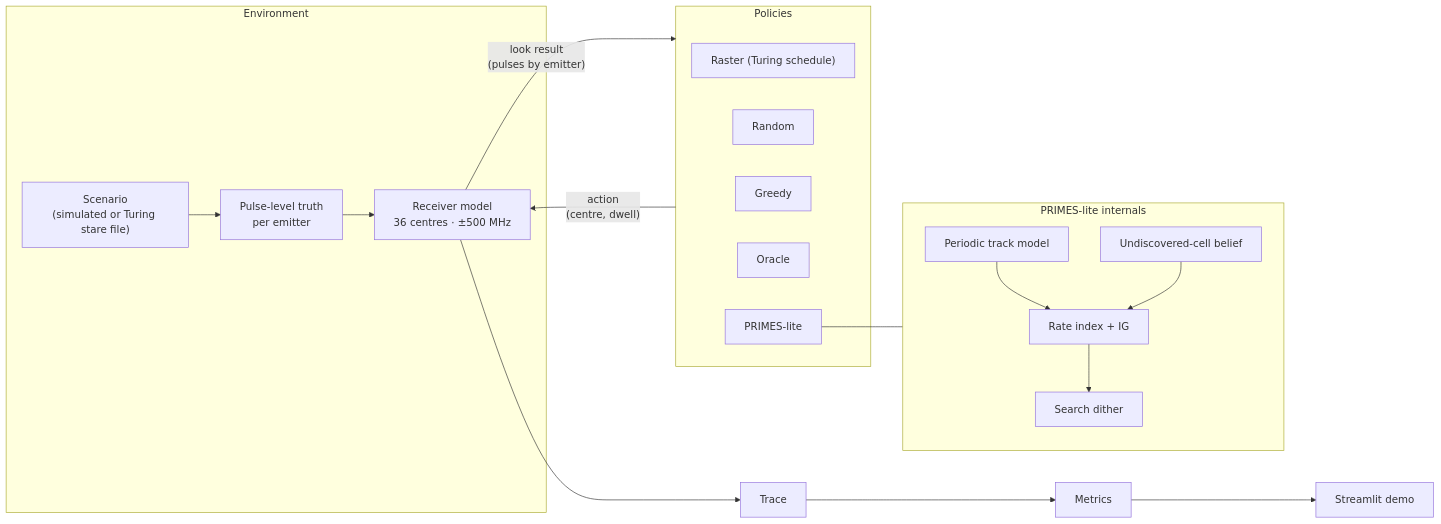
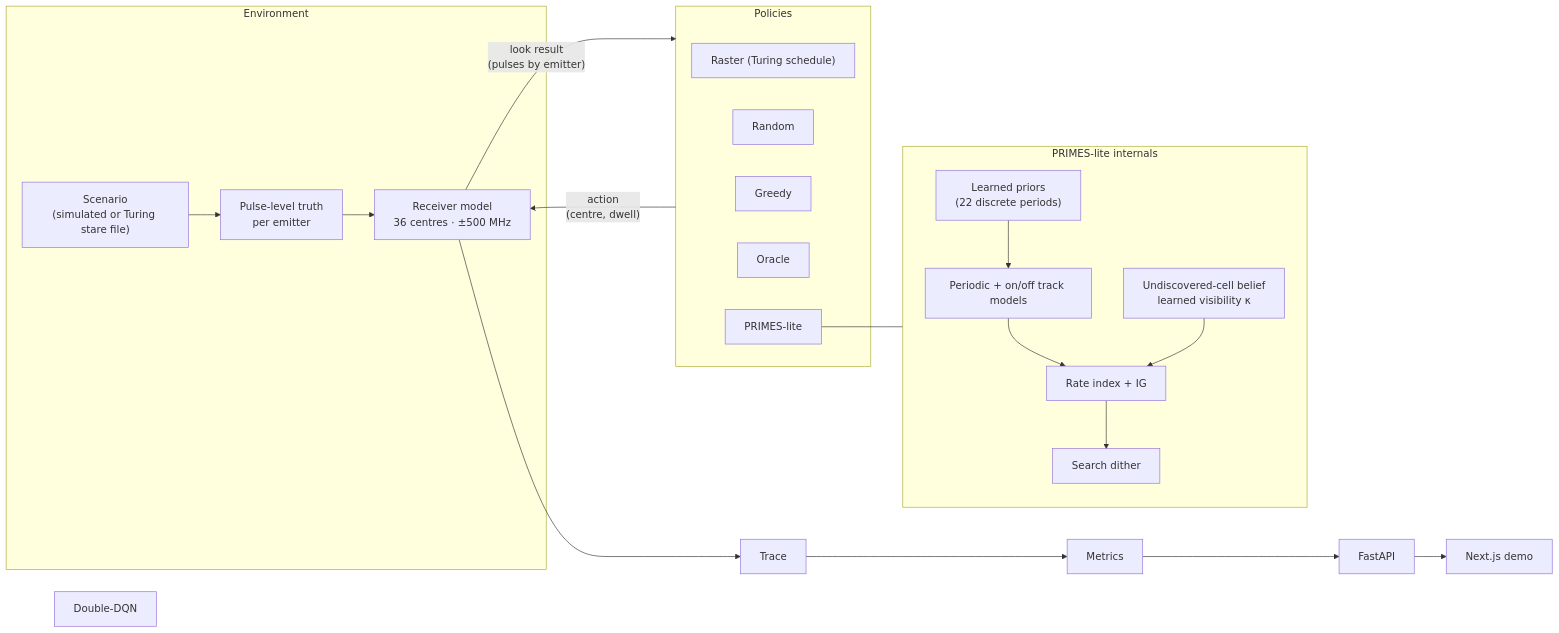
Before and after one commit to abhishek-pandey7/Smart-Scan-strategy-for-Electronic-Warfare: the diagram in docs/PRIMES_PROTOTYPE.md, drawn with Mermaid. The commit also changed other lines of this file and 2 other files, not shown here.

First line of the commit message:
Docs: measured visibility, learned priors, built stack, status

````diff
--- a/docs/PRIMES_PROTOTYPE.md
+++ b/docs/PRIMES_PROTOTYPE.md
@@ -36,23 +37,25 @@
 ```mermaid
 flowchart LR
     subgraph ENV["Environment"]
         SCN["Scenario<br/>(simulated or Turing stare file)"] --> TRUTH["Pulse-level truth<br/>per emitter"]
         TRUTH --> RX["Receiver model<br/>36 centres · ±500 MHz"]
     end
     subgraph POL["Policies"]
         RAS["Raster (Turing schedule)"]
         RND["Random"]
         GRD["Greedy"]
         ORA["Oracle"]
         PRM["PRIMES-lite"]
     end
     subgraph PRIMES["PRIMES-lite internals"]
-        TRK["Periodic track model"] --> IDX["Rate index + IG"]
-        UND["Undiscovered-cell belief"] --> IDX
+        PRI["Learned priors<br/>(22 discrete periods)"] --> TRK
+        TRK["Periodic + on/off track models"] --> IDX["Rate index + IG"]
+        UND["Undiscovered-cell belief<br/>learned visibility κ"] --> IDX
         IDX --> DIT["Search dither"]
     end
+    DQN["Double-DQN"]
     RX -- "look result<br/>(pulses by emitter)" --> POL
     POL -- "action<br/>(centre, dwell)" --> RX
     PRM --- PRIMES
-    RX --> LOG["Trace"] --> MET["Metrics"] --> UI["Streamlit demo"]
+    RX --> LOG["Trace"] --> MET["Metrics"] --> API["FastAPI"] --> UI["Next.js demo"]
 ```
````
